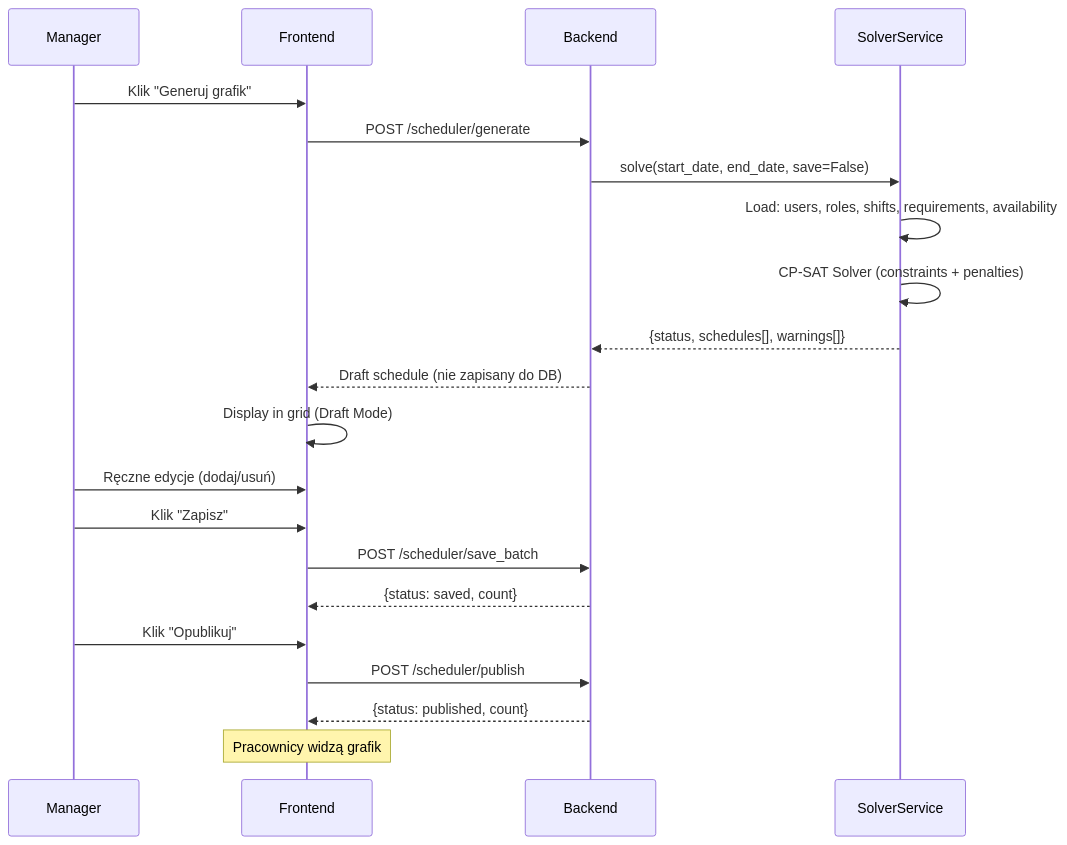
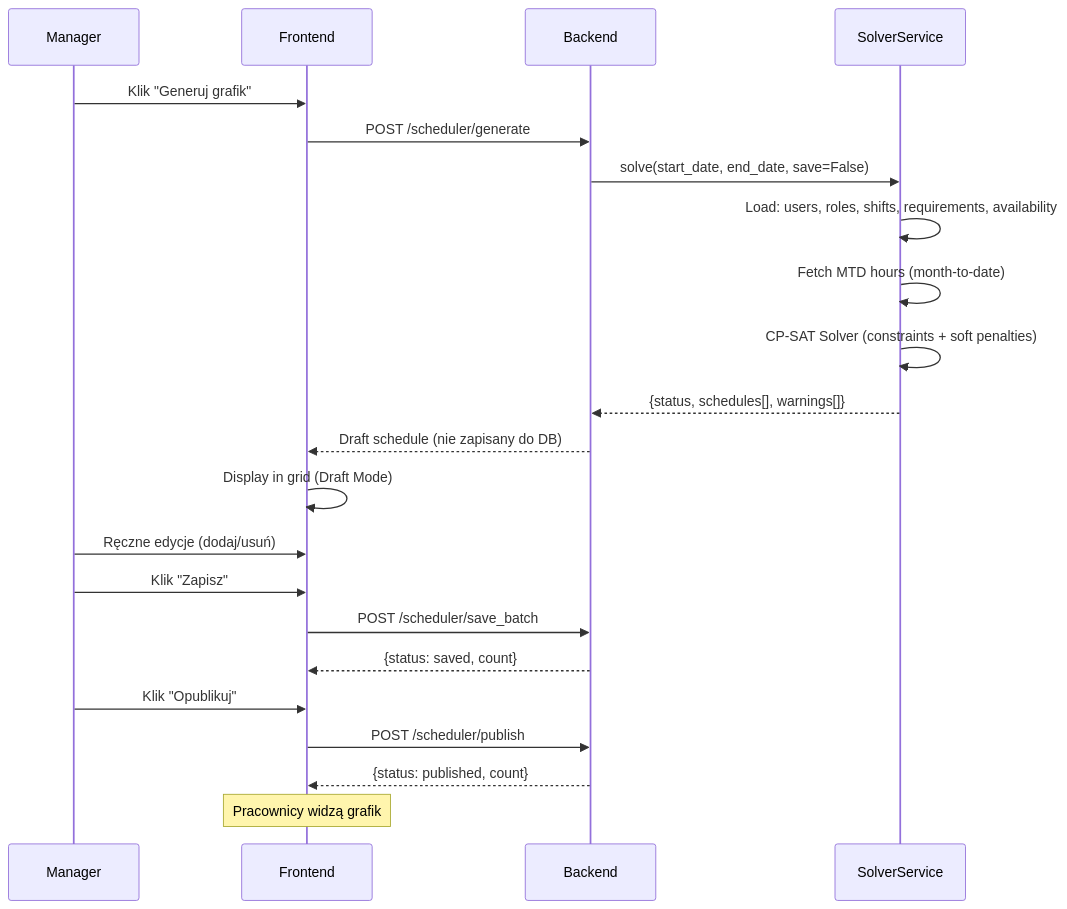
The third of 5 diagrams in ARCHITECTURE.md (mwieclawek/PlannerV2), drawn with Mermaid before and after one commit. The commit also changed other lines of this file and 27 other files, not shown here.

````diff
--- a/ARCHITECTURE.md
+++ b/ARCHITECTURE.md
@@ -76,24 +133,25 @@
 ```mermaid
 sequenceDiagram
     participant M as Manager
     participant F as Frontend
     participant B as Backend
     participant S as SolverService
 
     M->>F: Klik "Generuj grafik"
     F->>B: POST /scheduler/generate
     B->>S: solve(start_date, end_date, save=False)
     S->>S: Load: users, roles, shifts, requirements, availability
-    S->>S: CP-SAT Solver (constraints + penalties)
+    S->>S: Fetch MTD hours (month-to-date)
+    S->>S: CP-SAT Solver (constraints + soft penalties)
     S-->>B: {status, schedules[], warnings[]}
     B-->>F: Draft schedule (nie zapisany do DB)
     F->>F: Display in grid (Draft Mode)
     M->>F: Ręczne edycje (dodaj/usuń)
     M->>F: Klik "Zapisz"
     F->>B: POST /scheduler/save_batch
     B-->>F: {status: saved, count}
     M->>F: Klik "Opublikuj"
     F->>B: POST /scheduler/publish
     B-->>F: {status: published, count}
     Note over F: Pracownicy widzą grafik
 ```
````
